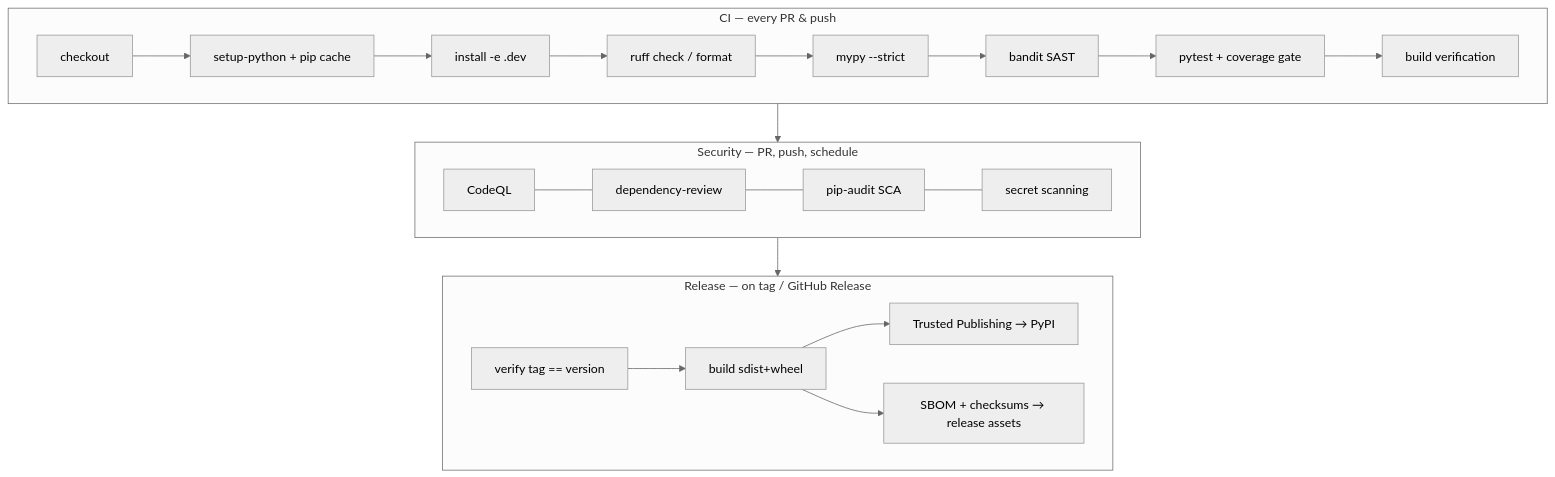
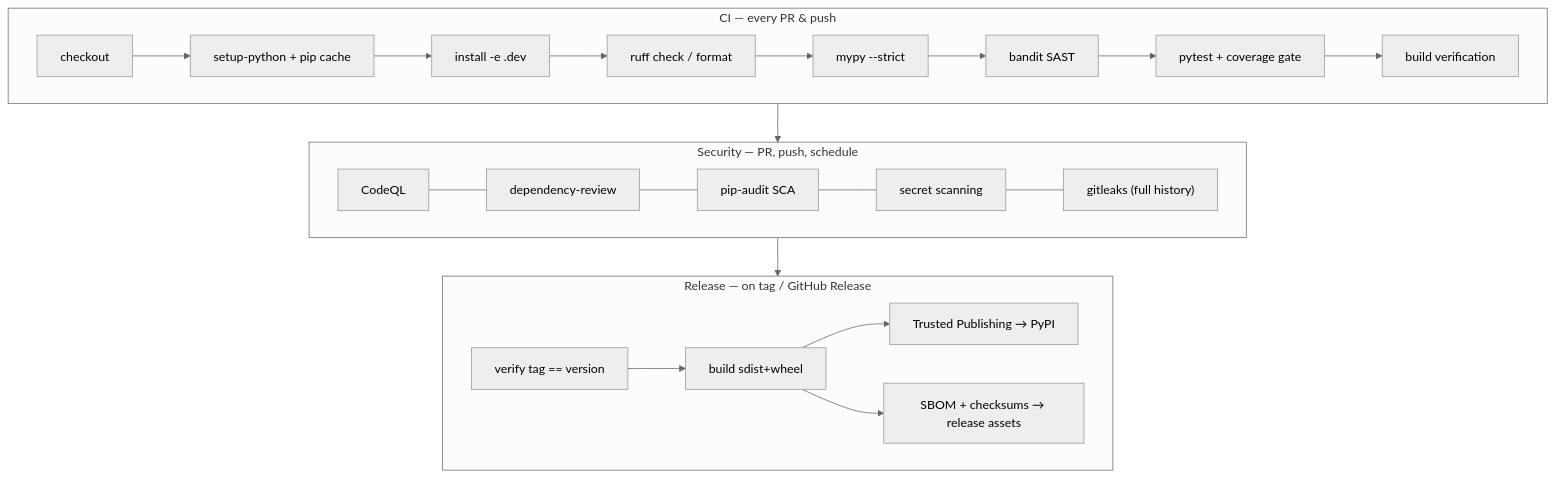
The fourth of 6 diagrams in docs/DEVSECOPS.md (IRsoctierDT/IANUA-Broker), drawn with Mermaid (neutral theme) before and after one commit. The commit also changed 2 other files, not shown here.

````diff
--- a/docs/DEVSECOPS.md
+++ b/docs/DEVSECOPS.md
@@ -170,23 +170,24 @@
 ```mermaid
 flowchart TD
     subgraph CI["CI — every PR & push"]
         A[checkout] --> B[setup-python + pip cache]
         B --> C[install -e .dev]
         C --> D[ruff check / format]
         D --> E[mypy --strict]
         E --> F[bandit SAST]
         F --> G[pytest + coverage gate]
         G --> H[build verification]
     end
     subgraph SEC["Security — PR, push, schedule"]
         S1[CodeQL] --- S2[dependency-review]
         S2 --- S3[pip-audit SCA]
         S3 --- S4[secret scanning]
+        S4 --- S5["gitleaks (full history)"]
     end
     subgraph REL["Release — on tag / GitHub Release"]
         R1[verify tag == version] --> R2[build sdist+wheel]
         R2 --> R3[Trusted Publishing → PyPI]
         R2 --> R4[SBOM + checksums → release assets]
     end
     CI --> SEC --> REL
 ```
````
